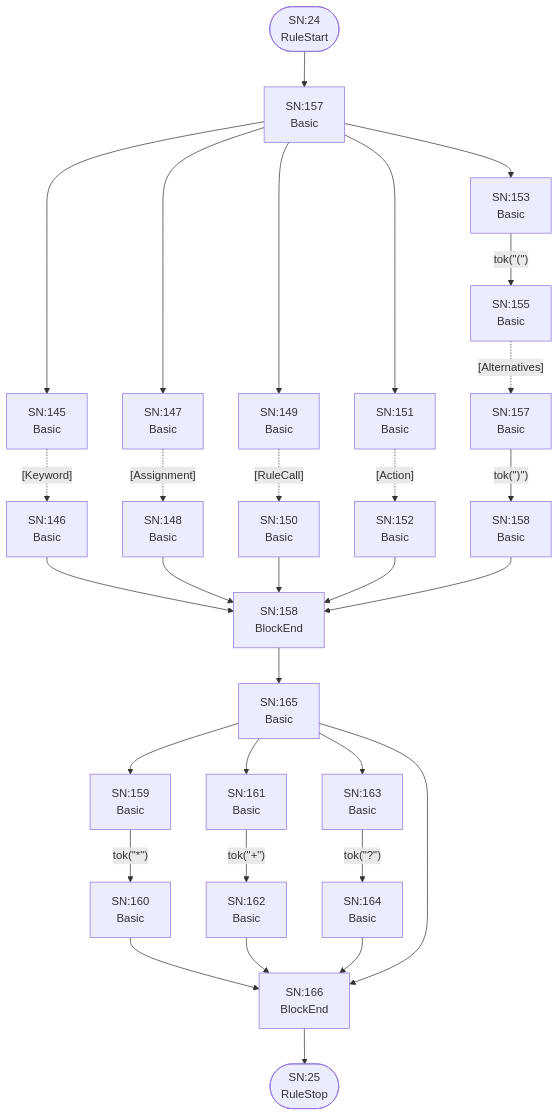
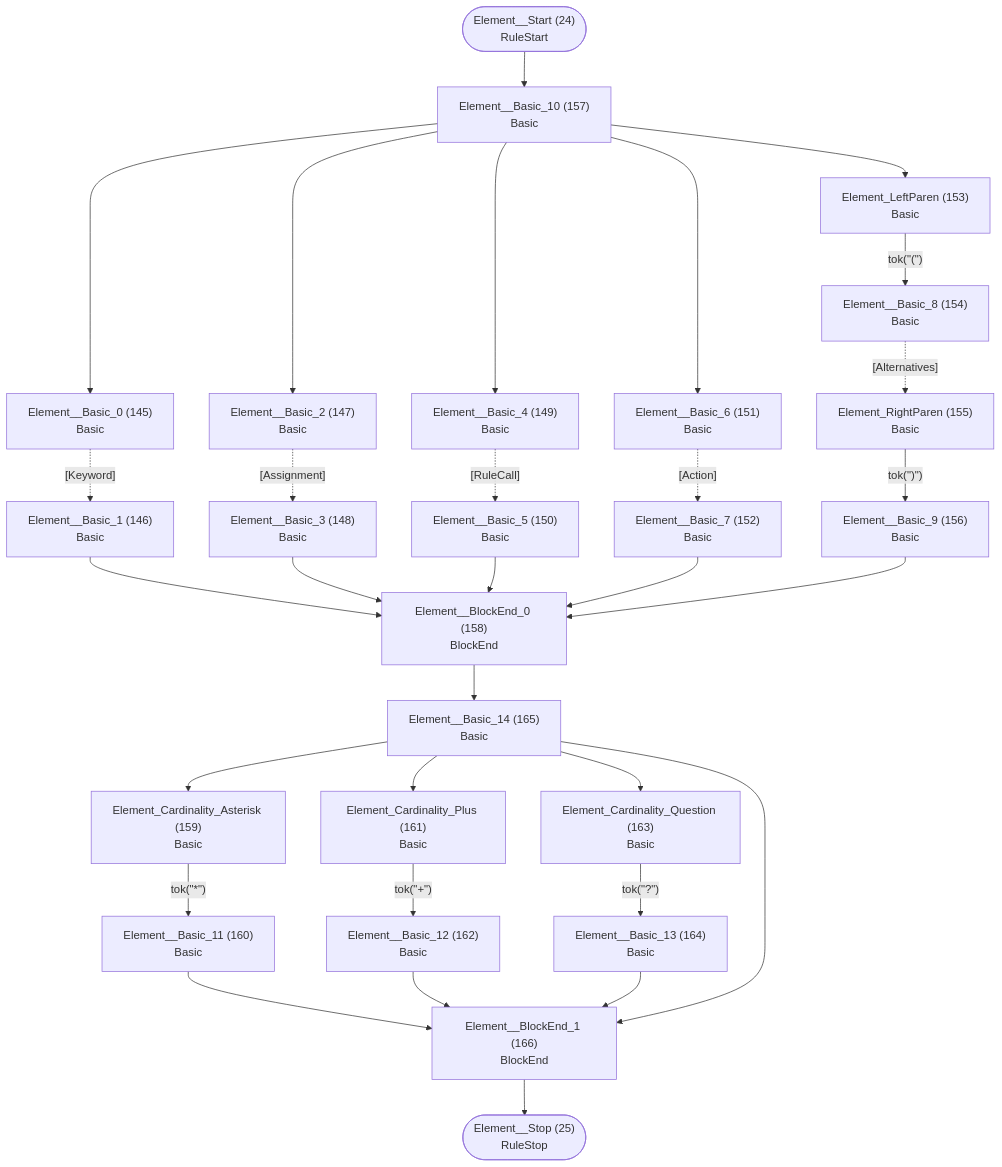
Diagram 13 of 25 in internal/grammar/atn.md (TypeFox/fastbelt), drawn with Mermaid before and after one commit. The commit also changed other lines of this file and 26 other files, not shown here.

````diff
--- a/internal/grammar/atn.md
+++ b/internal/grammar/atn.md
@@ -334,58 +334,58 @@
 ```mermaid
 flowchart TD
-    q24(["SN:24<br/>RuleStart"])
-    q25(["SN:25<br/>RuleStop"])
-    q145["SN:145<br/>Basic<br/>"]
-    q146["SN:146<br/>Basic<br/>"]
-    q147["SN:147<br/>Basic<br/>"]
-    q148["SN:148<br/>Basic<br/>"]
-    q149["SN:149<br/>Basic<br/>"]
-    q150["SN:150<br/>Basic<br/>"]
-    q151["SN:151<br/>Basic<br/>"]
-    q152["SN:152<br/>Basic<br/>"]
-    q153["SN:153<br/>Basic<br/>"]
-    q154["SN:155<br/>Basic<br/>"]
-    q155["SN:157<br/>Basic<br/>"]
-    q156["SN:158<br/>Basic<br/>"]
-    q157["SN:157<br/>Basic<br/>"]
-    q158["SN:158<br/>BlockEnd<br/>"]
-    q159["SN:159<br/>Basic<br/>"]
-    q160["SN:160<br/>Basic<br/>"]
-    q161["SN:161<br/>Basic<br/>"]
-    q162["SN:162<br/>Basic<br/>"]
-    q163["SN:163<br/>Basic<br/>"]
-    q164["SN:164<br/>Basic<br/>"]
-    q165["SN:165<br/>Basic<br/>"]
-    q166["SN:166<br/>BlockEnd<br/>"]
+    q24(["Element__Start (24)<br/>RuleStart"])
+    q25(["Element__Stop (25)<br/>RuleStop"])
+    q145["Element__Basic_0 (145)<br/>Basic<br/>"]
+    q146["Element__Basic_1 (146)<br/>Basic<br/>"]
+    q147["Element__Basic_2 (147)<br/>Basic<br/>"]
+    q148["Element__Basic_3 (148)<br/>Basic<br/>"]
+    q149["Element__Basic_4 (149)<br/>Basic<br/>"]
+    q150["Element__Basic_5 (150)<br/>Basic<br/>"]
+    q151["Element__Basic_6 (151)<br/>Basic<br/>"]
+    q152["Element__Basic_7 (152)<br/>Basic<br/>"]
+    q153["Element_LeftParen (153)<br/>Basic<br/>"]
+    q154["Element__Basic_8 (154)<br/>Basic<br/>"]
+    q155["Element_RightParen (155)<br/>Basic<br/>"]
+    q156["Element__Basic_9 (156)<br/>Basic<br/>"]
+    q157["Element__Basic_10 (157)<br/>Basic<br/>"]
+    q158["Element__BlockEnd_0 (158)<br/>BlockEnd<br/>"]
+    q159["Element_Cardinality_Asterisk (159)<br/>Basic<br/>"]
+    q160["Element__Basic_11 (160)<br/>Basic<br/>"]
+    q161["Element_Cardinality_Plus (161)<br/>Basic<br/>"]
+    q162["Element__Basic_12 (162)<br/>Basic<br/>"]
+    q163["Element_Cardinality_Question (163)<br/>Basic<br/>"]
+    q164["Element__Basic_13 (164)<br/>Basic<br/>"]
+    q165["Element__Basic_14 (165)<br/>Basic<br/>"]
+    q166["Element__BlockEnd_1 (166)<br/>BlockEnd<br/>"]
 
     q24 --> q157
     q145 -.->|"[Keyword]"| q146
     q146 --> q158
     q147 -.->|"[Assignment]"| q148
     q148 --> q158
     q149 -.->|"[RuleCall]"| q150
     q150 --> q158
     q151 -.->|"[Action]"| q152
     q152 --> q158
     q153 -->|"tok(&quot;(&quot;)"| q154
     q154 -.->|"[Alternatives]"| q155
     q155 -->|"tok(&quot;)&quot;)"| q156
     q156 --> q158
     q157 --> q145
     q157 --> q147
     q157 --> q149
     q157 --> q151
     q157 --> q153
     q158 --> q165
     q159 -->|"tok(&quot;*&quot;)"| q160
     q160 --> q166
     q161 -->|"tok(&quot;+&quot;)"| q162
     q162 --> q166
     q163 -->|"tok(&quot;?&quot;)"| q164
     q164 --> q166
     q165 --> q159
     q165 --> q161
     q165 --> q163
     q165 --> q166
     q166 --> q25
 ```
````
